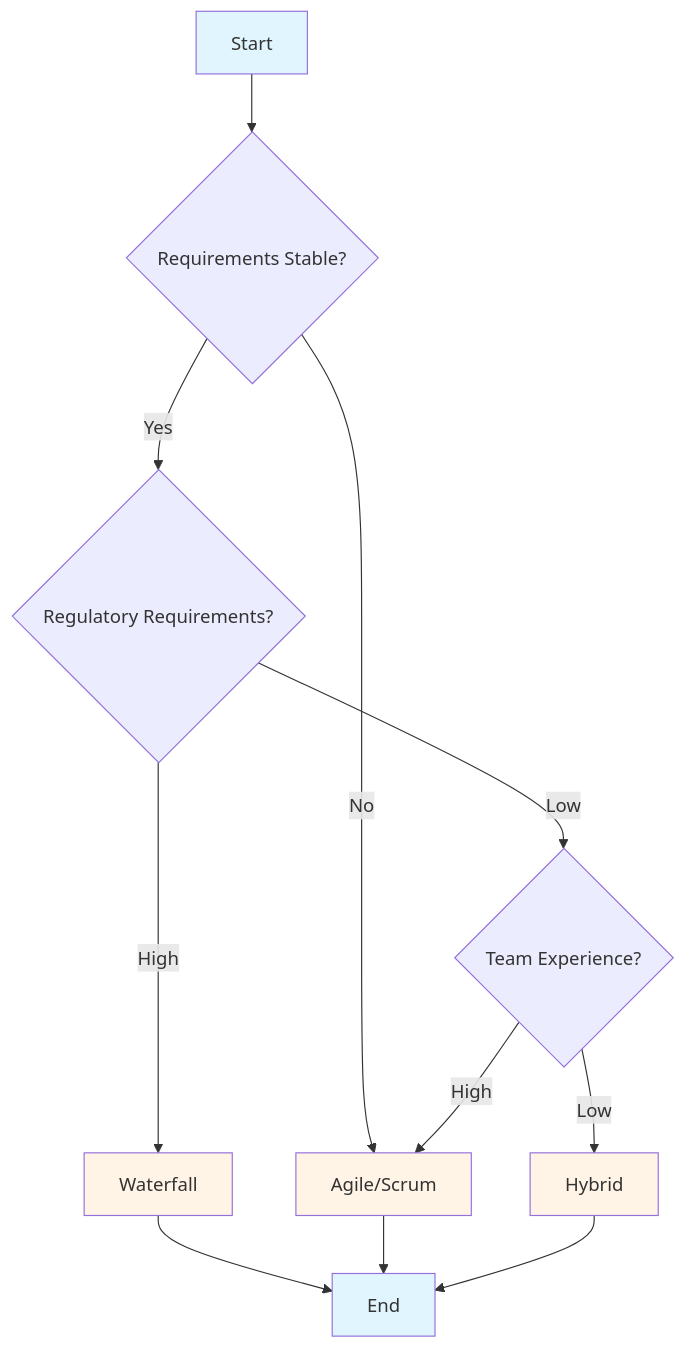
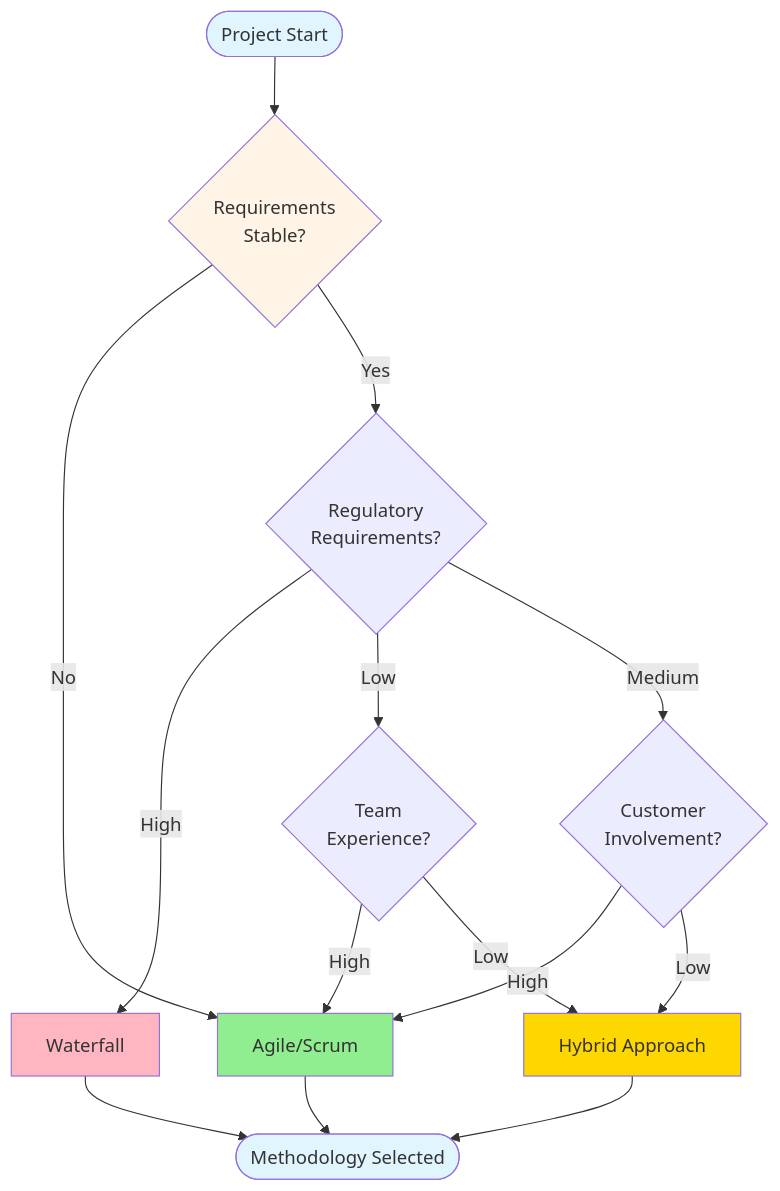
One commit to iouthnamain/tech-note changed the seventh of 9 diagrams in PM-Guides/PROJECT_METHODOLOGIES_GUIDE.md. Above: the diagram before and after it, drawn with Mermaid. The commit also changed other lines of this file and 68 other files, not shown here.

````diff
--- a/PM-Guides/PROJECT_METHODOLOGIES_GUIDE.md
+++ b/PM-Guides/PROJECT_METHODOLOGIES_GUIDE.md
@@ -706,19 +843,28 @@
 ```mermaid
-graph TD
-    A[Start] --> B{Requirements Stable?}
-    B -->|Yes| C{Regulatory Requirements?}
-    B -->|No| D[Agile/Scrum]
-    C -->|High| E[Waterfall]
-    C -->|Low| F{Team Experience?}
-    F -->|High| D
-    F -->|Low| G[Hybrid]
-    E --> H[End]
-    D --> H
-    G --> H
+flowchart TD
+    Start([Project Start]) --> ReqStable{Requirements<br/>Stable?}
     
-    style A fill:#e1f5ff
-    style H fill:#e1f5ff
-    style D fill:#fff4e6
-    style E fill:#fff4e6
-    style G fill:#fff4e6
+    ReqStable -->|No| Agile[Agile/Scrum]
+    ReqStable -->|Yes| Regulatory{Regulatory<br/>Requirements?}
+    
+    Regulatory -->|High| Waterfall[Waterfall]
+    Regulatory -->|Low| TeamExp{Team<br/>Experience?}
+    
+    TeamExp -->|High| Agile
+    TeamExp -->|Low| Hybrid[Hybrid Approach]
+    
+    Regulatory -->|Medium| CustomerInvolve{Customer<br/>Involvement?}
+    CustomerInvolve -->|High| Agile
+    CustomerInvolve -->|Low| Hybrid
+    
+    Agile --> End([Methodology Selected])
+    Waterfall --> End
+    Hybrid --> End
+    
+    style Start fill:#e1f5ff
+    style ReqStable fill:#fff4e6
+    style Agile fill:#90EE90
+    style Waterfall fill:#FFB6C1
+    style Hybrid fill:#FFD700
+    style End fill:#e1f5ff
 ```
````
